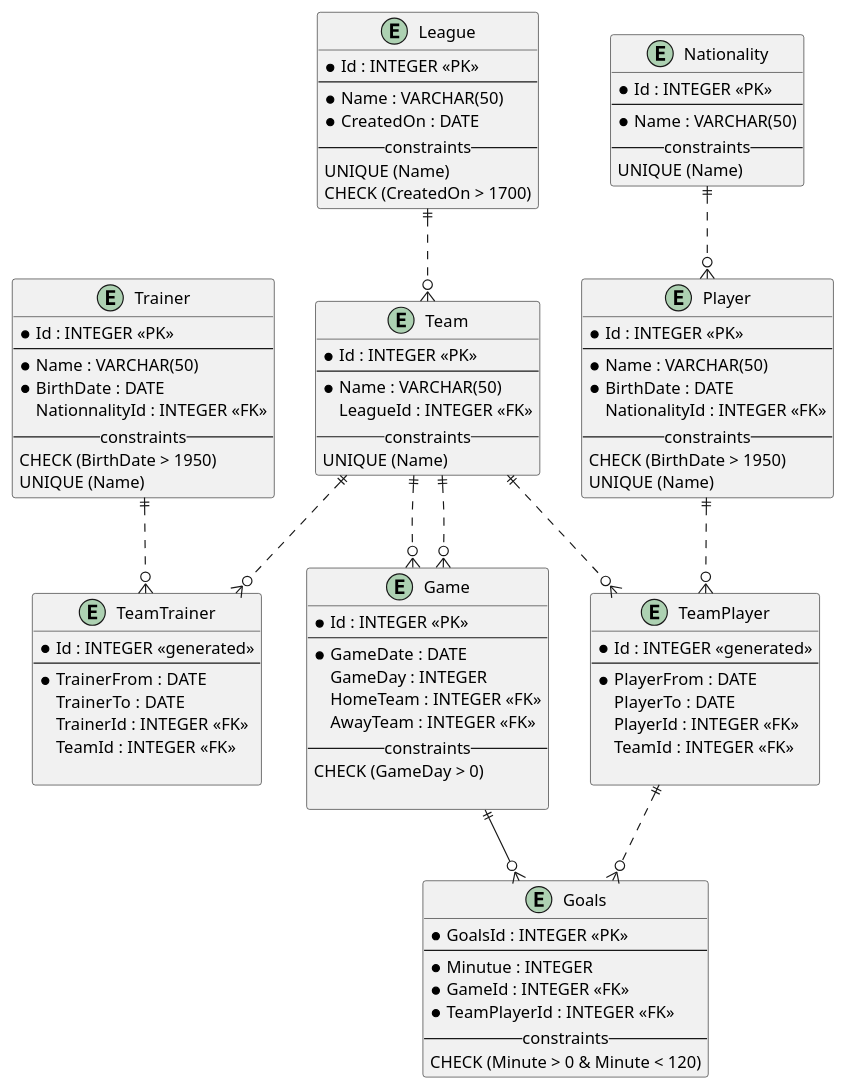
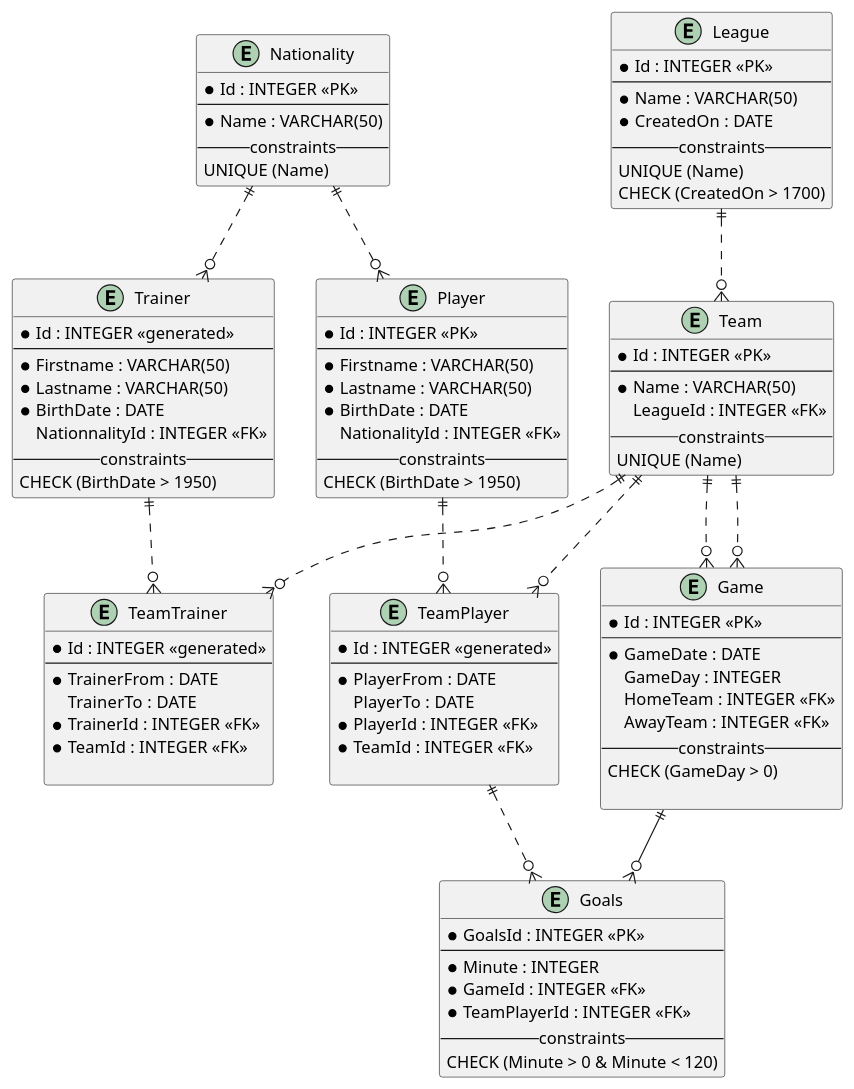
One commit to BojanTRB/nationsLeague changed the diagram in er_physical.puml. Above: the diagram before and after it, drawn with PlantUML. The commit also changed 2 other files, not shown here.

```diff
--- a/er_physical.puml
+++ b/er_physical.puml
@@ -1,106 +1,107 @@
 @startuml soccerleague
 
 entity League{
     * Id : INTEGER <<PK>>
     ---
     * Name : VARCHAR(50)
     * CreatedOn : DATE
     -- constraints --
     UNIQUE (Name)
     CHECK (CreatedOn > 1700)
 }
 
 entity Team{
     * Id : INTEGER <<PK>>
     ---
     * Name : VARCHAR(50)
     LeagueId : INTEGER <<FK>>    
     -- constraints --
     UNIQUE (Name)
 }
 
 entity Player{
     * Id : INTEGER <<PK>>
     ---
-    * Name : VARCHAR(50)
+    * Firstname : VARCHAR(50)
+    * Lastname : VARCHAR(50)
     * BirthDate : DATE
     NationalityId : INTEGER <<FK>>
     -- constraints --
     CHECK (BirthDate > 1950)
-    UNIQUE (Name)
 }
 
 entity TeamTrainer{
     * Id : INTEGER <<generated>>
     ---
     * TrainerFrom : DATE
     TrainerTo : DATE
-    TrainerId : INTEGER <<FK>>
-    TeamId : INTEGER <<FK>>
+    * TrainerId : INTEGER <<FK>>
+    * TeamId : INTEGER <<FK>>
     
 }
 
 entity Goals{
     * GoalsId : INTEGER <<PK>>
     ---
-    * Minutue : INTEGER
+    * Minute : INTEGER
     * GameId : INTEGER <<FK>>
     * TeamPlayerId : INTEGER <<FK>>
     -- constraints --
     CHECK (Minute > 0 & Minute < 120)
 }
 
 entity TeamPlayer{
     * Id : INTEGER <<generated>>
     ---
     * PlayerFrom : DATE
     PlayerTo : DATE
-    PlayerId : INTEGER <<FK>>
-    TeamId : INTEGER <<FK>>
+    * PlayerId : INTEGER <<FK>>
+    * TeamId : INTEGER <<FK>>
     
 }
 
 entity Trainer{
-    * Id : INTEGER <<PK>> 
+    * Id : INTEGER <<generated>>
     ---
-    * Name : VARCHAR(50)
+    * Firstname : VARCHAR(50)
+    * Lastname : VARCHAR(50)
     * BirthDate : DATE
     NationnalityId : INTEGER <<FK>>
     -- constraints --
     CHECK (BirthDate > 1950)
-    UNIQUE (Name)
 }
 
 entity Game {
     * Id : INTEGER <<PK>> 
     ---
     * GameDate : DATE
     GameDay : INTEGER
     HomeTeam : INTEGER <<FK>> 
     AwayTeam : INTEGER <<FK>>
     -- constraints --
     CHECK (GameDay > 0)
     
 }
 
 entity Nationality {
     * Id : INTEGER <<PK>>
     ---
     * Name : VARCHAR(50)
     -- constraints --
     UNIQUE (Name)
 }
 
 
 League ||..o{ Team
 Team ||..o{ TeamTrainer
 Team ||..o{ TeamPlayer
 Team ||..o{ Game
 Team ||..o{ Game
 Player ||..o{ TeamPlayer
 Trainer ||..o{ TeamTrainer
 Game ||--o{ Goals
 TeamPlayer ||..o{ Goals
 Nationality ||..o{ Player
+Nationality ||..o{ Trainer
 
 @enduml
```
